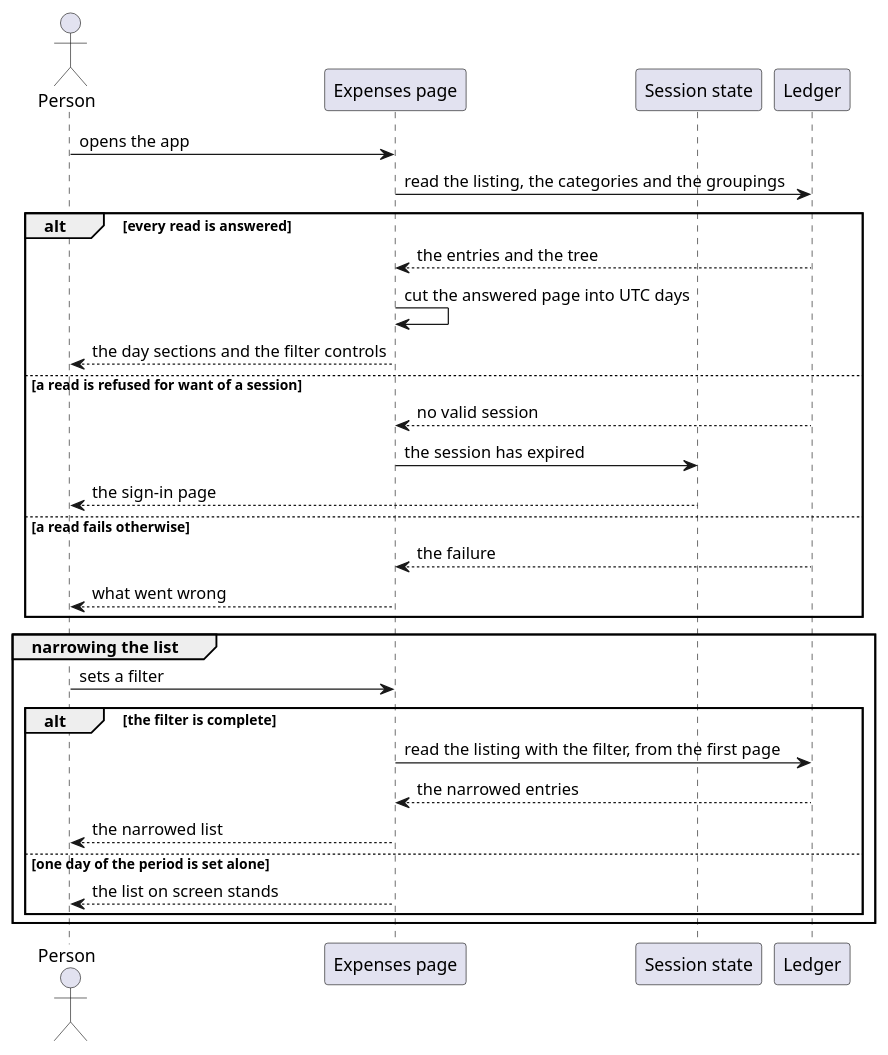
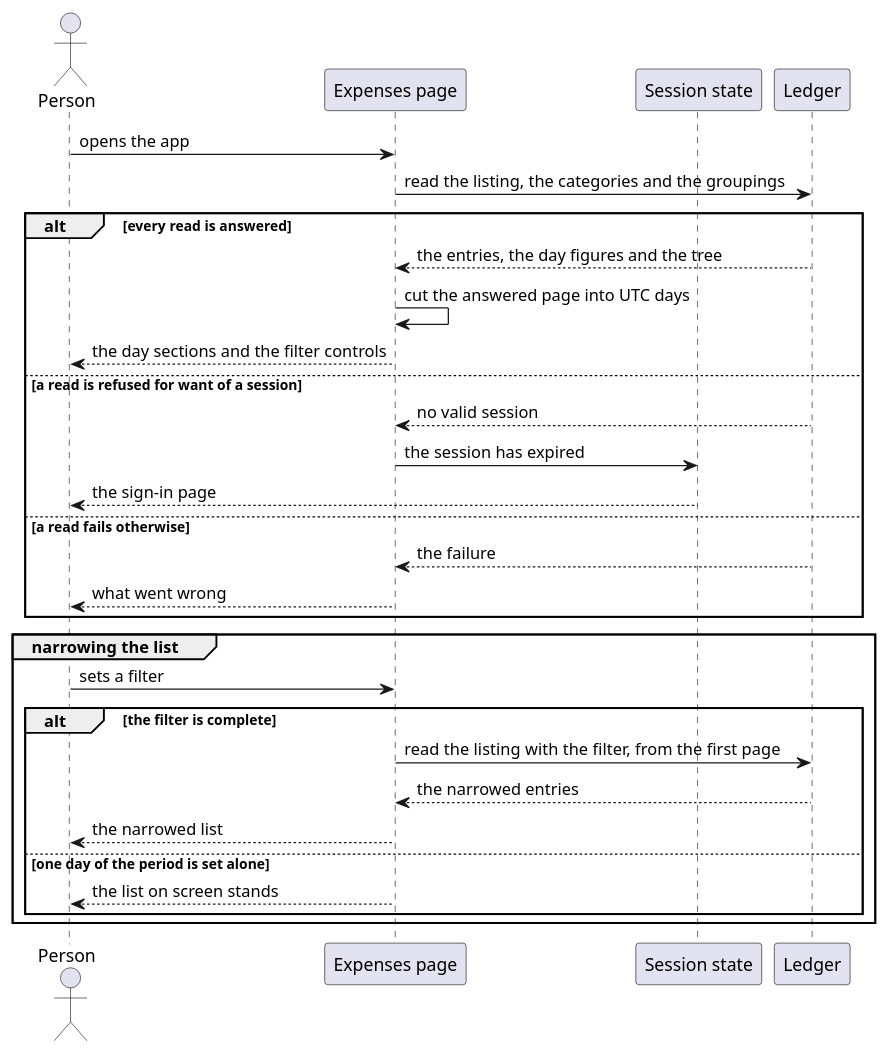
Before and after one commit to ds-usova/finance-bot: the first of 2 diagrams in web-app/docs/usecases/browse-recorded-expenses.md, drawn with PlantUML. The commit also changed other lines of this file and 4 other files, not shown here.

````diff
--- a/web-app/docs/usecases/browse-recorded-expenses.md
+++ b/web-app/docs/usecases/browse-recorded-expenses.md
@@ -55,35 +60,35 @@
 ```plantuml
 @startuml BrowseRecordedExpenses-Sequence
 actor "Person" as User
 participant "Expenses page" as Page
 participant "Session state" as Auth
 participant "Ledger" as Ledger
 
 User -> Page : opens the app
 Page -> Ledger : read the listing, the categories and the groupings
 
 alt every read is answered
-  Ledger --> Page : the entries and the tree
+  Ledger --> Page : the entries, the day figures and the tree
   Page -> Page : cut the answered page into UTC days
   Page --> User : the day sections and the filter controls
 else a read is refused for want of a session
   Ledger --> Page : no valid session
   Page -> Auth : the session has expired
   Auth --> User : the sign-in page
 else a read fails otherwise
   Ledger --> Page : the failure
   Page --> User : what went wrong
 end
 
 group narrowing the list
   User -> Page : sets a filter
   alt the filter is complete
     Page -> Ledger : read the listing with the filter, from the first page
     Ledger --> Page : the narrowed entries
     Page --> User : the narrowed list
   else one day of the period is set alone
     Page --> User : the list on screen stands
   end
 end
 @enduml
 ```
````
